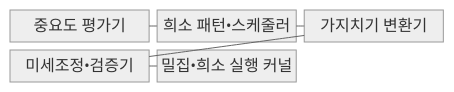
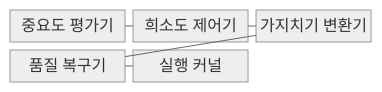
Before and after one commit to agnusdei1207/knowledge-base: the first of 2 diagrams in src/content/docs/notes/08-latest-tech/055_model_pruning.md, drawn with Mermaid (neutral theme). The commit also changed other lines of this file and 20 other files, not shown here.

````diff
--- a/src/content/docs/notes/08-latest-tech/055_model_pruning.md
+++ b/src/content/docs/notes/08-latest-tech/055_model_pruning.md
@@ -71,13 +71,13 @@
 ```mermaid
 block-beta
   columns 3
   A["중요도 평가기"]
-  B["희소 패턴•스케줄러"]
+  B["희소도 제어기"]
   C["가지치기 변환기"]
-  D["미세조정•검증기"]
-  E["밀집•희소 실행 커널"]
+  D["품질 복구기"]
+  E["실행 커널"]
   A --- B
   B --- C
   C --- D
   D --- E
 ```
````
